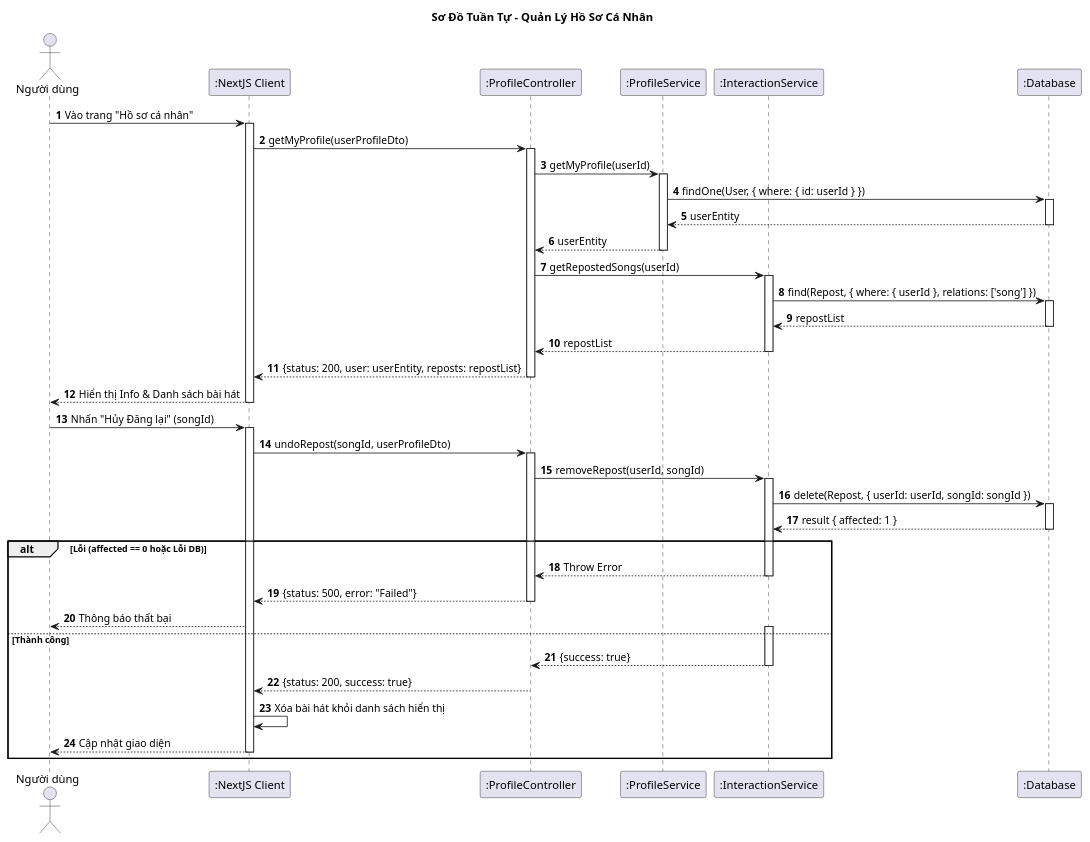
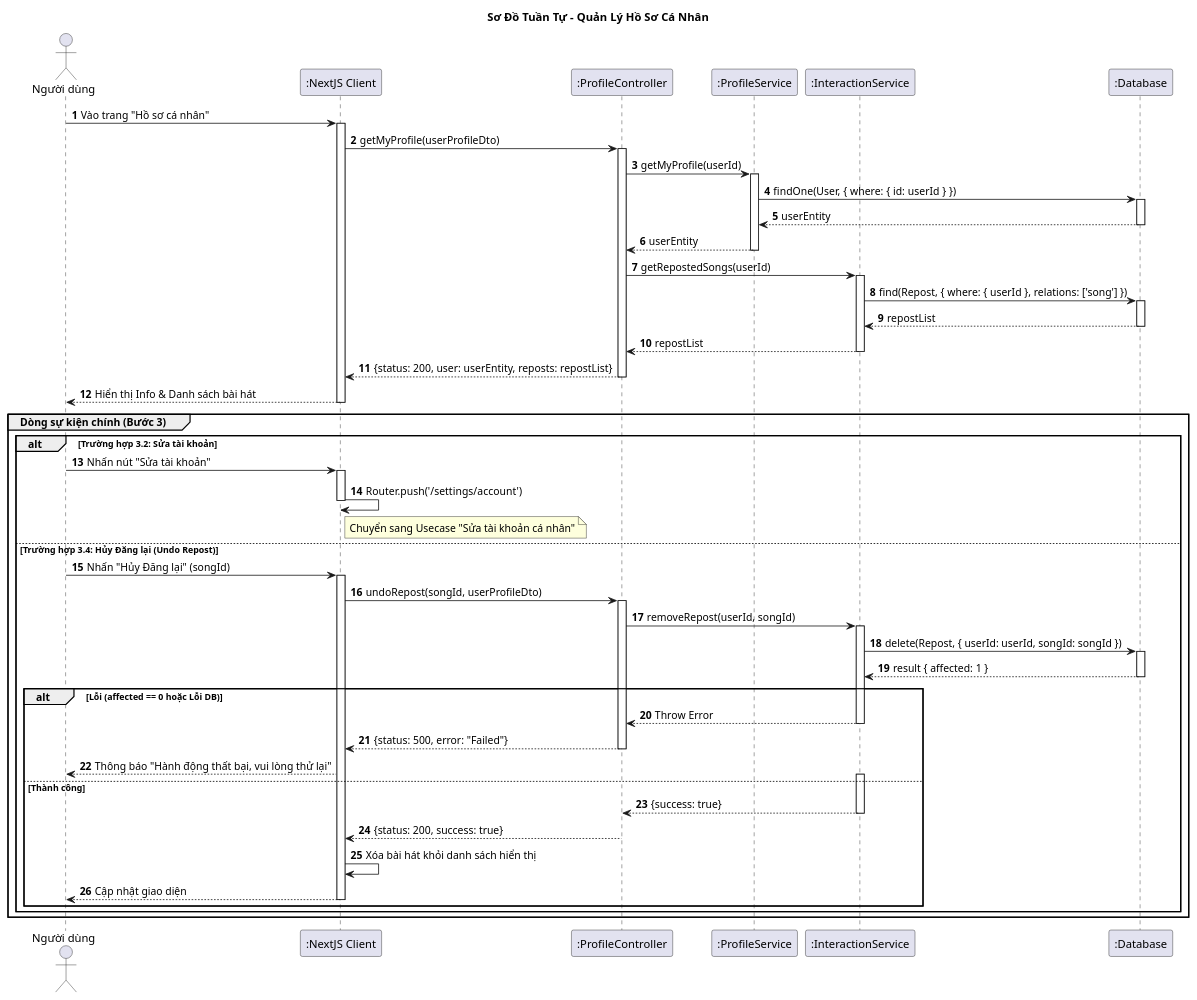
The diagram in Diagrams/SequenceDiagram/ManageProfileSD.plantuml (vinh047/soundwave), drawn with PlantUML before and after one commit. The commit also changed 5 other files, not shown here.

Commit message:
Thêm chức năng cho người dùng sửa email, mật khẩu cho tài khoản

```diff
--- a/Diagrams/SequenceDiagram/ManageProfileSD.plantuml
+++ b/Diagrams/SequenceDiagram/ManageProfileSD.plantuml
@@ -1,85 +1,102 @@
 @startuml Sequence Diagram - Quản Lý Hồ Sơ Cá Nhân 
 
-title Sơ Đồ Tuần Tự - Quản Lý Hồ Sơ Cá Nhân
+title Sơ Đồ Tuần Tự - Quản Lý Hồ Sơ Cá Nhân 
 
 actor "Người dùng" as User
 participant ":NextJS Client" as UI
 participant ":ProfileController" as Controller
 participant ":ProfileService" as ProfileService
 participant ":InteractionService" as InterService
 participant ":Database" as DB
 
 autonumber
 
 ' === BƯỚC 1 & 2: TẢI GIAO DIỆN ===
 User -> UI: Vào trang "Hồ sơ cá nhân"
 activate UI
 UI -> Controller: getMyProfile(userProfileDto)
 activate Controller
 
-' Controller phối hợp dữ liệu (Orchestration)
 ' 1. Lấy thông tin cá nhân
 Controller -> ProfileService: getMyProfile(userId)
 activate ProfileService
 ProfileService -> DB: findOne(User, { where: { id: userId } })
 activate DB
 DB --> ProfileService: userEntity
 deactivate DB
 ProfileService --> Controller: userEntity
 deactivate ProfileService
 
 ' 2. Lấy danh sách bài hát đã Repost
 Controller -> InterService: getRepostedSongs(userId)
 activate InterService
 InterService -> DB: find(Repost, { where: { userId }, relations: ['song'] })
 activate DB
 DB --> InterService: repostList
 deactivate DB
 InterService --> Controller: repostList
 deactivate InterService
 
 ' Trả về UI
 Controller --> UI: {status: 200, user: userEntity, reposts: repostList}
 deactivate Controller
 
 UI --> User: Hiển thị Info & Danh sách bài hát
 deactivate UI
 
-' === BƯỚC 3.3: HỦY ĐĂNG LẠI (Undo Repost) ===
-User -> UI: Nhấn "Hủy Đăng lại" (songId)
-activate UI
-UI -> Controller: undoRepost(songId, userProfileDto)
-activate Controller
+' === BƯỚC 3: NGƯỜI DÙNG LỰA CHỌN CHỨC NĂNG ===
+group Dòng sự kiện chính (Bước 3)
 
-' Gọi InteractionService để xử lý tương tác
-Controller -> InterService: removeRepost(userId, songId)
-activate InterService
+    ' [PHẦN MỚI THÊM]: 3.2 Sửa tài khoản
+    alt Trường hợp 3.2: Sửa tài khoản
+        User -> UI: Nhấn nút "Sửa tài khoản"
+        activate UI
+        
+        ' Client tự điều hướng sang trang Edit Account
+        UI -> UI: Router.push('/settings/account')
+        
+        note right of UI: Chuyển sang Usecase "Sửa tài khoản cá nhân"
+        deactivate UI
 
-' Check quyền sở hữu (Chỉ xóa nếu userId khớp)
-InterService -> DB: delete(Repost, { userId: userId, songId: songId })
-activate DB
-DB --> InterService: result { affected: 1 }
-deactivate DB
+    ' [PHẦN CŨ GIỮ NGUYÊN]: 3.4 Hủy đăng lại
+    else Trường hợp 3.4: Hủy Đăng lại (Undo Repost)
+        User -> UI: Nhấn "Hủy Đăng lại" (songId)
+        activate UI
+        UI -> Controller: undoRepost(songId, userProfileDto)
+        activate Controller
 
-alt Lỗi (affected == 0 hoặc Lỗi DB)
-    InterService --> Controller: Throw Error
-    deactivate InterService
-    Controller --> UI: {status: 500, error: "Failed"}
-    deactivate Controller
-    UI --> User: Thông báo thất bại
+        ' Gọi InteractionService
+        Controller -> InterService: removeRepost(userId, songId)
+        activate InterService
 
-else Thành công
-    activate InterService
-    InterService --> Controller: {success: true}
-    deactivate InterService
-    
-    ' === BƯỚC 4: LÀM MỚI (Client-side Trigger) ===
-    ' Client nhận success -> Tự bỏ bài hát khỏi list hoặc gọi lại API
-    Controller --> UI: {status: 200, success: true}
-    deactivate Controller
-    
-    UI -> UI: Xóa bài hát khỏi danh sách hiển thị
-    UI --> User: Cập nhật giao diện
-    deactivate UI
+        ' Check quyền sở hữu & Xóa
+        InterService -> DB: delete(Repost, { userId: userId, songId: songId })
+        activate DB
+        DB --> InterService: result { affected: 1 }
+        deactivate DB
+
+        alt Lỗi (affected == 0 hoặc Lỗi DB)
+            InterService --> Controller: Throw Error
+            deactivate InterService
+            Controller --> UI: {status: 500, error: "Failed"}
+            deactivate Controller
+            
+            ' [KHỚP ĐẶC TẢ 3.4.1]
+            UI --> User: Thông báo "Hành động thất bại, vui lòng thử lại"
+
+        else Thành công
+            activate InterService
+            InterService --> Controller: {success: true}
+            deactivate InterService
+            
+            ' === BƯỚC 4: LÀM MỚI ===
+            Controller --> UI: {status: 200, success: true}
+            deactivate Controller
+            
+            UI -> UI: Xóa bài hát khỏi danh sách hiển thị
+            UI --> User: Cập nhật giao diện
+            deactivate UI
+        end
+    end
 end
 @enduml
```
